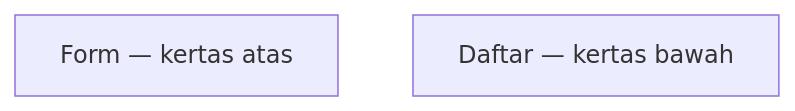
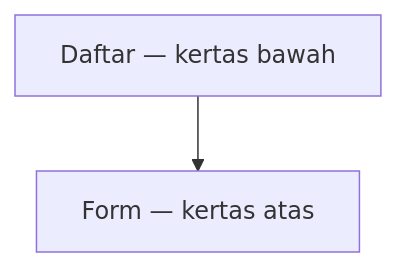
Before and after one commit to antonprafanto/mobile2026: the second of 3 diagrams in modul-03-interaksi/README.md, drawn with Mermaid. The commit also changed other lines of this file and 4 other files, not shown here.

Commit message:
Fix the Modul 03 navigation analogy so GitHub no longer shows a tall broken-looking diagram.

````diff
--- a/modul-03-interaksi/README.md
+++ b/modul-03-interaksi/README.md
@@ -69,5 +68,4 @@
 ```mermaid
 flowchart TB
-  Form["Form — kertas atas"]
-  Daftar["Daftar — kertas bawah"]
+  Daftar["Daftar — kertas bawah"] --> Form["Form — kertas atas"]
 ```
````
